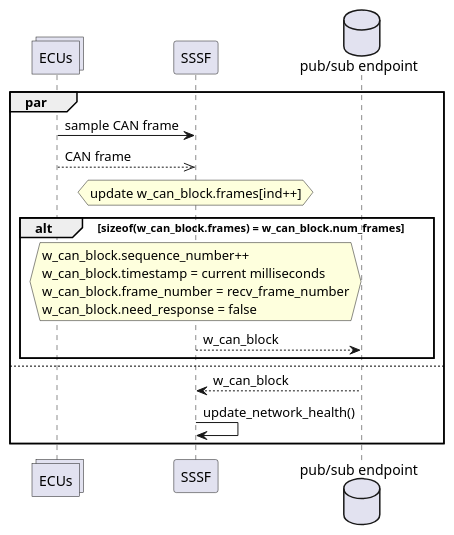
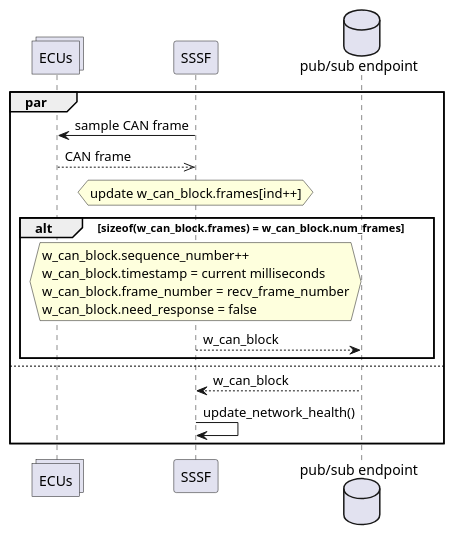
The diagram in Doc/Paper/images/can_exchange.wsd (SystemsCyber/Software-Defined-Truck), drawn with PlantUML before and after one commit. The commit also changed 19 other files, not shown here.

```diff
--- a/Doc/Paper/images/can_exchange.wsd
+++ b/Doc/Paper/images/can_exchange.wsd
@@ -1,27 +1,27 @@
 @startuml
 collections ECUs
 participant SSSF
 database "pub/sub endpoint" as pbs
 par
-ECUs -> SSSF : sample CAN frame
+ECUs <- SSSF : sample CAN frame
 ECUs -->> SSSF: CAN frame
 hnote over SSSF
 update w_can_block.frames[ind++]
 ' if receieved frame ID in crititcal
 endhnote
 alt sizeof(w_can_block.frames) = w_can_block.num_frames
 hnote over SSSF
 w_can_block.sequence_number++
 w_can_block.timestamp = current milliseconds
 w_can_block.frame_number = recv_frame_number
 w_can_block.need_response = false
 endnote
 SSSF --> pbs: w_can_block
 end
 else
 SSSF <-- pbs: w_can_block
 SSSF -> SSSF: update_network_health()
 hnote over SSSF
 endhnote 
 end
 @enduml
```
